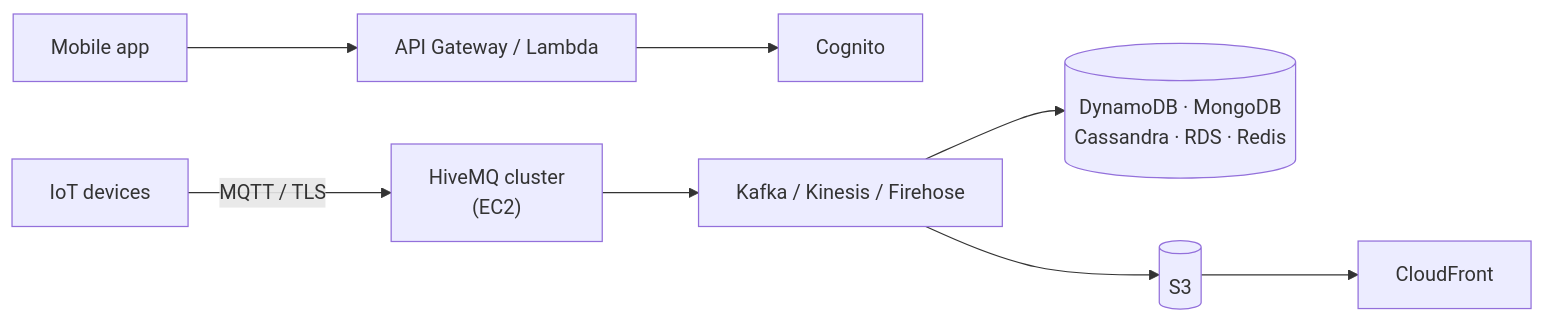
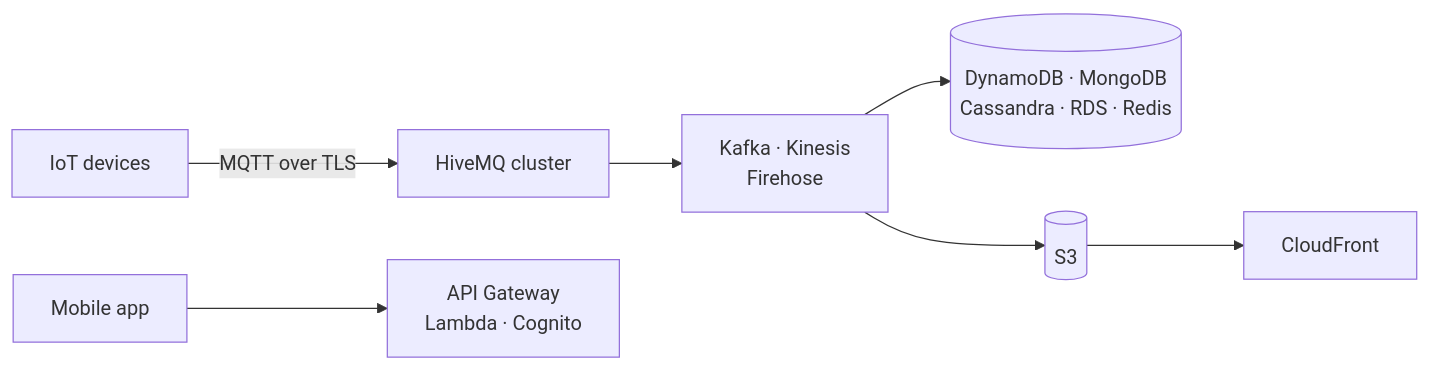
One commit to chanupen/chanupen changed the third of 3 diagrams in README.md. Above: the diagram before and after it, drawn with Mermaid. The commit also changed other lines of this file and 2 other files, not shown here.

````diff
--- a/README.md
+++ b/README.md
@@ -99,10 +88,8 @@
 ```mermaid
 flowchart LR
-    D[IoT devices] -->|MQTT / TLS| H["HiveMQ cluster<br/>(EC2)"]
-    APP[Mobile app] --> GW[API Gateway / Lambda]
-    GW --> COG[Cognito]
-    H --> K[Kafka / Kinesis / Firehose]
+    D[IoT devices] -->|MQTT over TLS| H["HiveMQ cluster"]
+    APP[Mobile app] --> GW["API Gateway<br/>Lambda · Cognito"]
+    H --> K["Kafka · Kinesis<br/>Firehose"]
     K --> DB[("DynamoDB · MongoDB<br/>Cassandra · RDS · Redis")]
-    K --> S3[(S3)]
-    S3 --> CF[CloudFront]
+    K --> S3[(S3)] --> CF[CloudFront]
 ```
````
